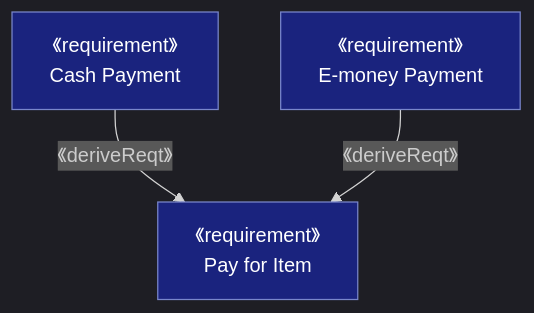
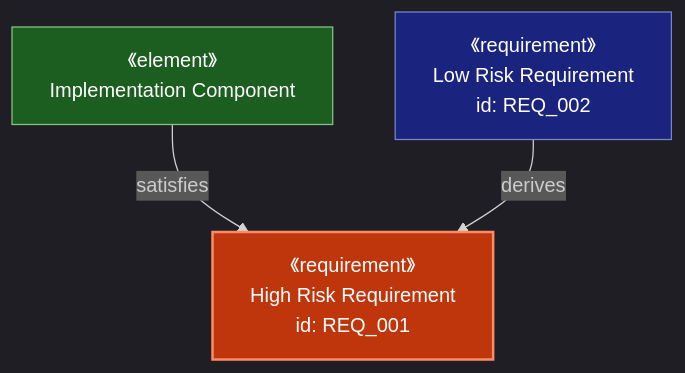
One commit to ToshikiImagawa/ai-sdd-workflow changed diagram 15 of 20 in plugins/sdd-workflow/shared/references/requirements_diagram_components.md. Above: the diagram before and after it, drawn with Mermaid. The commit also changed other lines of this file and 2 other files, not shown here.

Commit message:
要件図の構文をMermaidの標準仕様に基づき全面更新し、関連記述を最新化。要素、属性、関係性定義の詳細例および記法ガイドを強化。

````diff
--- a/plugins/sdd-workflow/shared/references/requirements_diagram_components.md
+++ b/plugins/sdd-workflow/shared/references/requirements_diagram_components.md
@@ -206,14 +537,18 @@
 ```mermaid
 %%{init: {'theme': 'dark'}}%%
 flowchart TB
-    Cash["《requirement》<br/>Cash Payment"]
-    EMoney["《requirement》<br/>E-money Payment"]
-    Pay["《requirement》<br/>Pay for Item"]
+    REQ1["《requirement》<br/>High Risk Requirement<br/>id: REQ_001"]
+    REQ2["《requirement》<br/>Low Risk Requirement<br/>id: REQ_002"]
+    ELEM["《element》<br/>Implementation Component"]
 
-    Cash -->|《deriveReqt》| Pay
-    EMoney -->|《deriveReqt》| Pay
+    ELEM -->|satisfies| REQ1
+    REQ2 -->|derives| REQ1
 
-    classDef req fill:#1a237e,stroke:#7986cb,color:#fff
+    classDef important fill:#bf360c,stroke:#ff8a65,color:#fff,stroke-width:2px
+    classDef normal fill:#1a237e,stroke:#7986cb,color:#fff
+    classDef element fill:#1b5e20,stroke:#81c784,color:#fff
 
-    class Cash,EMoney,Pay req
+    class REQ1 important
+    class REQ2 normal
+    class ELEM element
 ```
````
